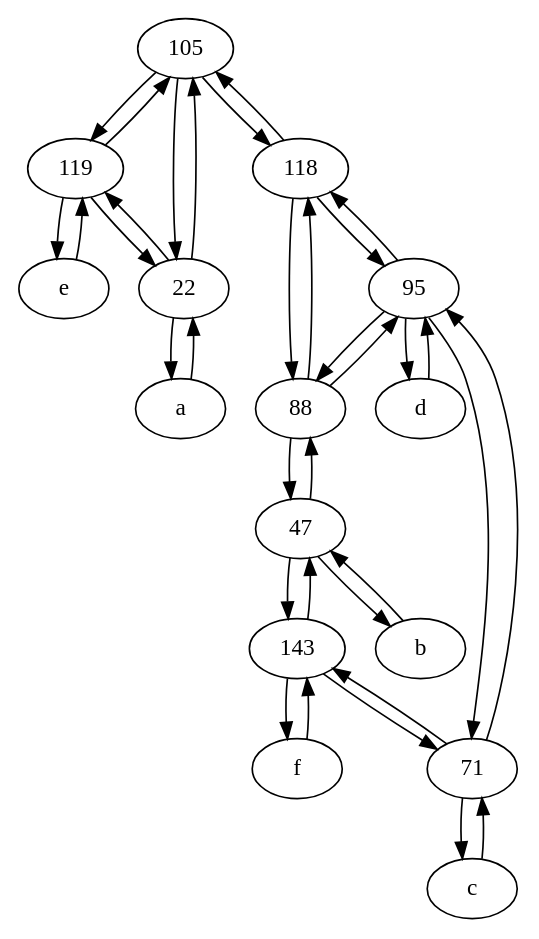
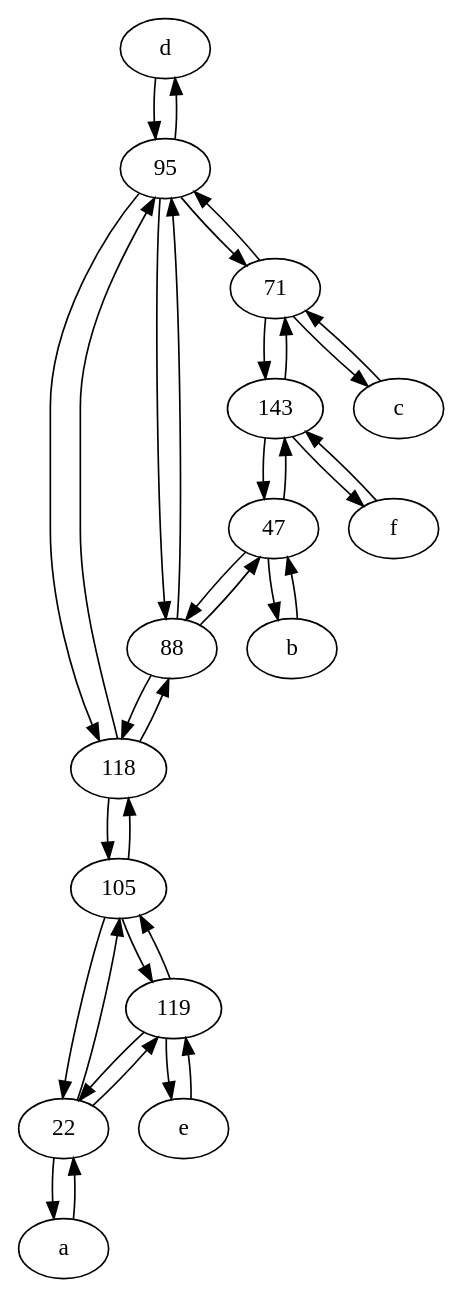
Before and after one commit to anisabnis/graph_inference: the diagram in results_psm_dist/tata/topologyorig.dot, drawn with Graphviz. The commit also changed other lines of this file and 156 other files, not shown here.

```diff
--- a/results_psm_dist/tata/topologyorig.dot
+++ b/results_psm_dist/tata/topologyorig.dot
@@ -1,52 +1,52 @@
 digraph  {
+	d [pos="20,30!"];
+	95;
+	143;
+	c [pos="20,10!"];
+	47;
+	118;
 	105;
 	e [pos="30,50!"];
 	88;
+	b [pos="50,20!"];
+	22;
+	f [pos="15,45!"];
 	119;
-	c [pos="20,10!"];
-	143;
+	71;
 	a [pos="40,10!"];
-	22;
-	d [pos="20,30!"];
-	95;
-	f [pos="15,45!"];
-	71;
-	b [pos="50,20!"];
-	118;
-	47;
+	47 -> b;
+	118 -> 105;
+	95 -> d;
+	95 -> 118;
+	105 -> 119;
+	119 -> 105;
+	143 -> f;
+	c -> 71;
+	e -> 119;
+	d -> 95;
+	f -> 143;
+	95 -> 71;
+	71 -> 95;
+	105 -> 118;
+	95 -> 88;
+	b -> 47;
+	71 -> 143;
+	118 -> 95;
+	22 -> a;
+	88 -> 95;
+	118 -> 88;
+	47 -> 88;
+	143 -> 47;
 	119 -> 22;
-	f -> 143;
+	105 -> 22;
 	a -> 22;
-	105 -> 118;
+	88 -> 47;
+	119 -> e;
+	88 -> 118;
+	22 -> 119;
+	71 -> c;
+	47 -> 143;
+	143 -> 71;
 	22 -> 105;
-	95 -> 71;
-	143 -> 71;
-	71 -> 95;
-	b -> 47;
-	47 -> 143;
-	105 -> 22;
-	d -> 95;
-	88 -> 95;
-	71 -> 143;
-	143 -> 47;
-	118 -> 105;
-	88 -> 47;
-	95 -> 88;
-	119 -> 105;
-	47 -> 88;
-	95 -> 118;
-	22 -> 119;
-	118 -> 95;
-	71 -> c;
-	118 -> 88;
-	88 -> 118;
-	105 -> 119;
-	143 -> f;
-	119 -> e;
-	e -> 119;
-	95 -> d;
-	c -> 71;
-	47 -> b;
-	22 -> a;
 
 	}
```
